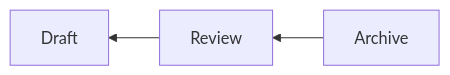
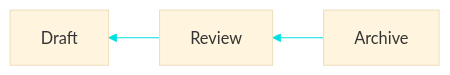
One commit to NikkiAsteinza/nima-editor-samples changed the fourth of 6 diagrams in mermaid/flowchart.md. Above: the diagram before and after it, drawn with Mermaid. The commit also changed other lines of this file and 15 other files, not shown here.

````diff
--- a/mermaid/flowchart.md
+++ b/mermaid/flowchart.md
@@ -71,4 +75,5 @@
 ```mermaid
 flowchart RL
+%%{init: {'theme': 'base', 'themeVariables': {'background': '#ff1f1f'}}}%%
     Archive[Archive] --> Review[Review] --> Draft[Draft]
 ```
````
